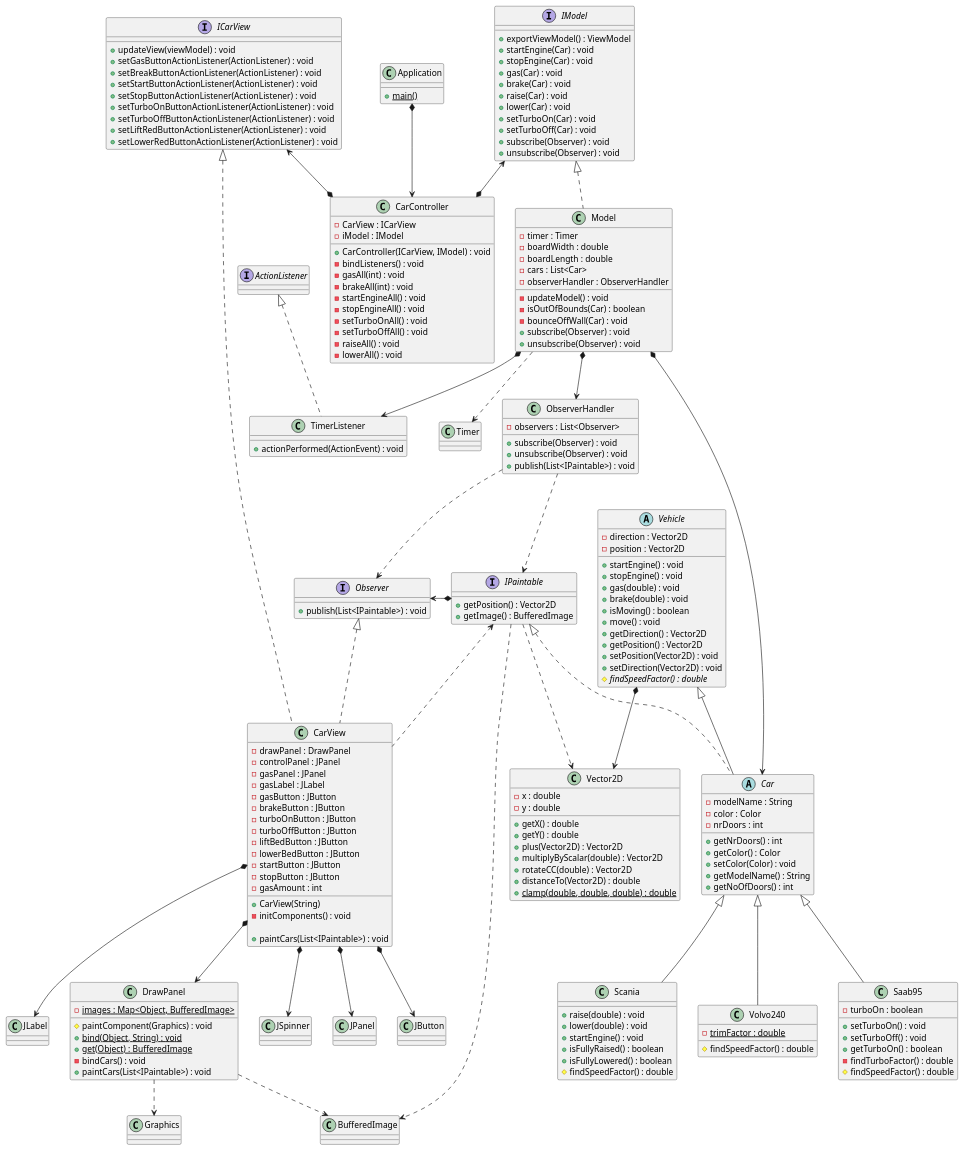
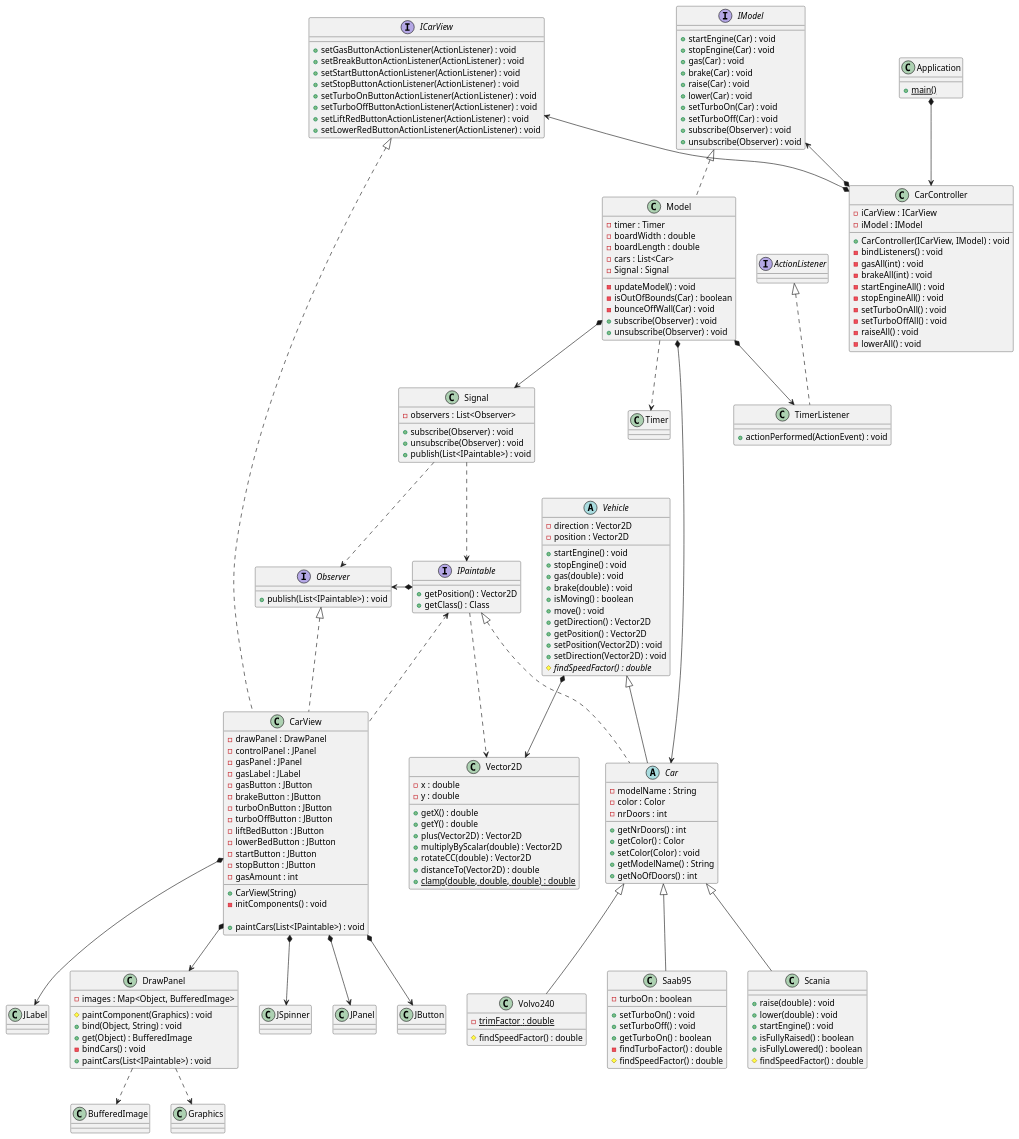
Before and after one commit to Yogaledare/dit953-lab2: the diagram in src/Uppg4-edit.puml, drawn with PlantUML. The commit also changed 2 other files, not shown here.

```diff
--- a/src/Uppg4-edit.puml
+++ b/src/Uppg4-edit.puml
@@ -9,7 +9,6 @@
 Application *--> CarController
 
 interface ICarView{
-+updateView(viewModel) : void
 +setGasButtonActionListener(ActionListener) : void
 +setBreakButtonActionListener(ActionListener) : void
 +setStartButtonActionListener(ActionListener) : void
@@ -20,7 +19,7 @@
 +setLowerRedButtonActionListener(ActionListener) : void
 }
 
-ICarView <|.. CarView 
+ICarView <|.. CarView
 ICarView <--* CarController
 
 
@@ -29,7 +28,7 @@
 -boardWidth : double
 -boardLength : double
 -cars : List<Car>
--observerHandler : ObserverHandler
+-Signal : Signal
 -updateModel() : void
 -isOutOfBounds(Car) : boolean
 -bounceOffWall(Car) : void
@@ -41,7 +40,6 @@
 
 
 interface IModel{
-+exportViewModel() : ViewModel
 +startEngine(Car) : void
 +stopEngine(Car) : void
 +gas(Car) : void
@@ -60,7 +58,7 @@
 
 
 class CarController {
--CarView : ICarView
+-iCarView : ICarView
 -iModel : IModel
 +CarController(ICarView, IModel) : void
 -bindListeners() : void
@@ -100,10 +98,10 @@
 }
 
 class DrawPanel{
-- {static} images : Map<Object, BufferedImage>
+- images : Map<Object, BufferedImage>
 #paintComponent(Graphics) : void
-+ {static} bind(Object, String) : void
-+ {static} get(Object) : BufferedImage
++ bind(Object, String) : void
++ get(Object) : BufferedImage
 - bindCars() : void
 + paintCars(List<IPaintable>) : void
 }
@@ -142,7 +140,7 @@
 
 interface IPaintable {
 +getPosition() : Vector2D
-+getImage() : BufferedImage
++getClass() : Class
 }
 
 abstract class Car {
@@ -209,7 +207,6 @@
 
 IPaintable <|.. Car
 IPaintable <.. CarView
-IPaintable ...> BufferedImage
 
 DrawPanel ..> BufferedImage
 
@@ -227,7 +224,7 @@
 
 Observer <-* IPaintable
 
-class ObserverHandler{
+class Signal{
 - observers : List<Observer>
 + subscribe(Observer) : void
 + unsubscribe(Observer) : void
@@ -235,11 +232,11 @@
 }
 
 Observer <|.. CarView
-Model *--> ObserverHandler
+Model *--> Signal
 
 
-ObserverHandler ..> Observer
-ObserverHandler ..> IPaintable
+Signal ..> Observer
+Signal ..> IPaintable
 
 
 
```
